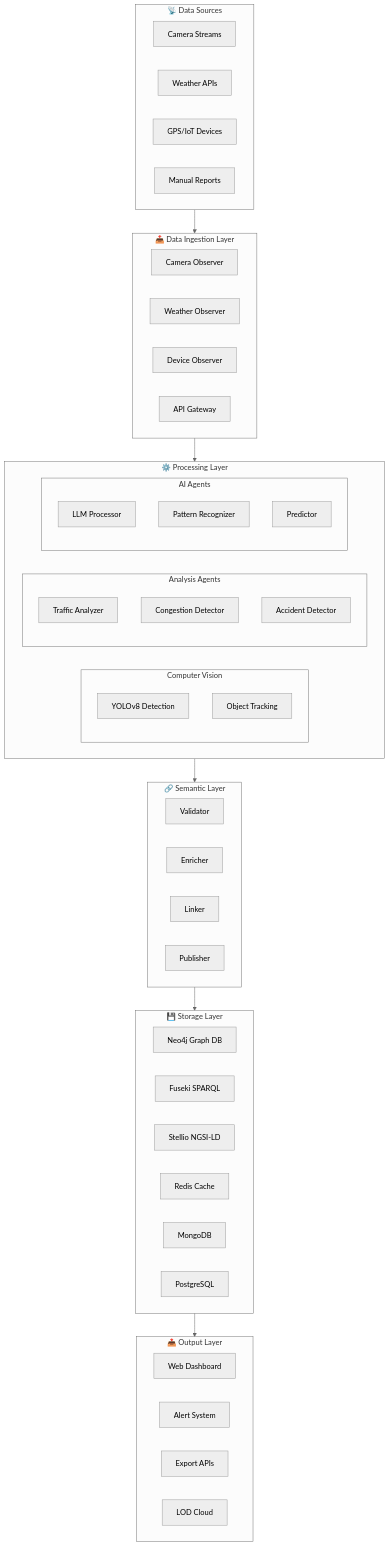
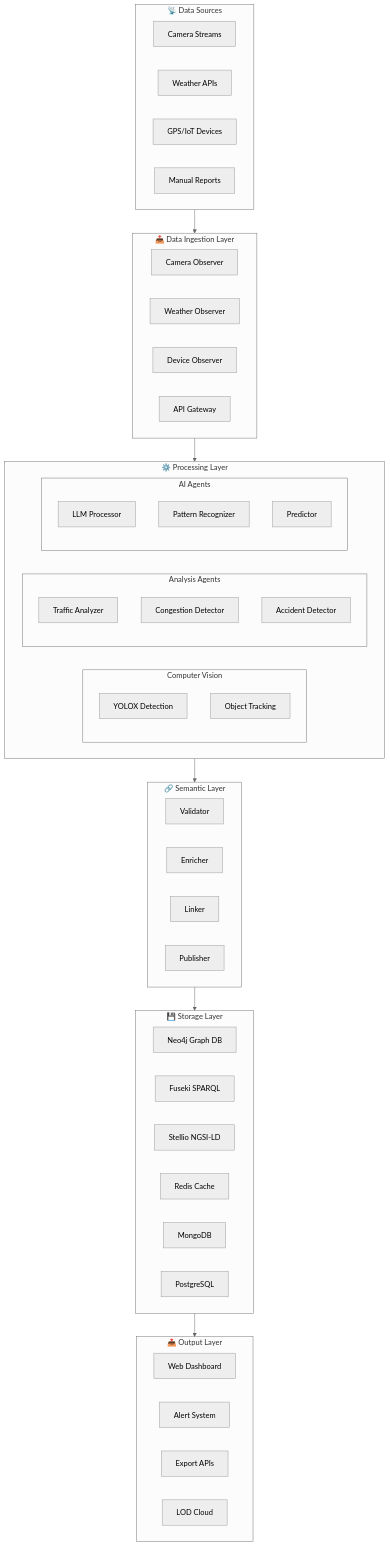
One commit to NguyenNhatquang522004/UIP-Urban_Intelligence_Platform changed the first of 5 diagrams in wiki/Data-Flow.md. Above: the diagram before and after it, drawn with Mermaid (neutral theme). The commit also changed other lines of this file and 16 other files, not shown here.

````diff
--- a/wiki/Data-Flow.md
+++ b/wiki/Data-Flow.md
@@ -28,62 +28,62 @@
 ```mermaid
 flowchart TB
     subgraph Sources["📡 Data Sources"]
         CAM[Camera Streams]
         WEA[Weather APIs]
         GPS[GPS/IoT Devices]
         MAN[Manual Reports]
     end
 
     subgraph Ingestion["📥 Data Ingestion Layer"]
         CO[Camera Observer]
         WO[Weather Observer]
         DO[Device Observer]
         API[API Gateway]
     end
 
     subgraph Processing["⚙️ Processing Layer"]
         subgraph CV["Computer Vision"]
-            YOL[YOLOv8 Detection]
+            YOL[YOLOX Detection]
             TRK[Object Tracking]
         end
         subgraph Analysis["Analysis Agents"]
             TRA[Traffic Analyzer]
             CON[Congestion Detector]
             ACC[Accident Detector]
         end
         subgraph AI["AI Agents"]
             LLM[LLM Processor]
             PAT[Pattern Recognizer]
             PRE[Predictor]
         end
     end
 
     subgraph Semantic["🔗 Semantic Layer"]
         VAL[Validator]
         ENR[Enricher]
         LIN[Linker]
         PUB[Publisher]
     end
 
     subgraph Storage["💾 Storage Layer"]
         NEO[Neo4j Graph DB]
         FUS[Fuseki SPARQL]
         STE[Stellio NGSI-LD]
         RED[Redis Cache]
         MON[MongoDB]
         PG[PostgreSQL]
     end
 
     subgraph Output["📤 Output Layer"]
         WEB[Web Dashboard]
         ALE[Alert System]
         EXP[Export APIs]
         LOD[LOD Cloud]
     end
 
     Sources --> Ingestion
     Ingestion --> Processing
     Processing --> Semantic
     Semantic --> Storage
     Storage --> Output
 ```
````
